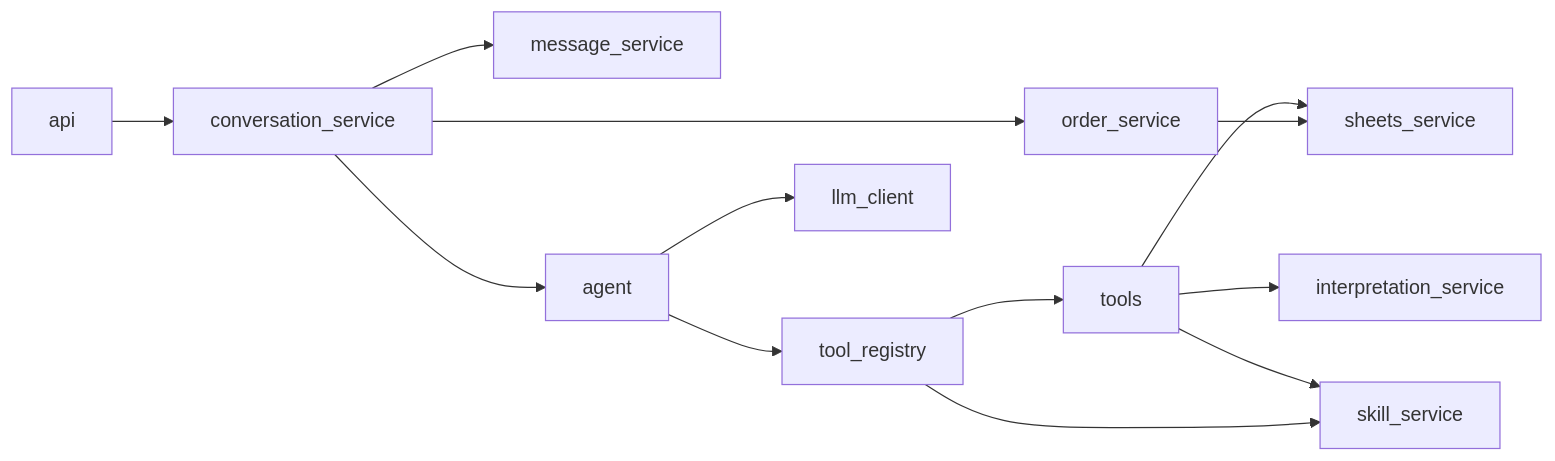
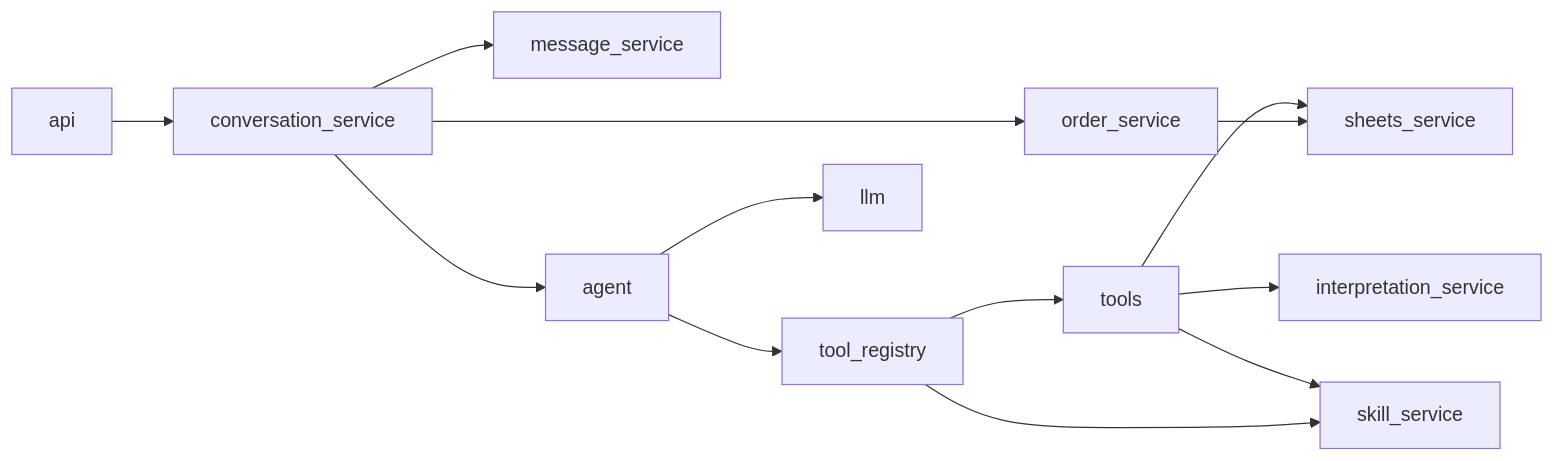
The fourth of 4 diagrams in docs/spec/agente.md (FernandoMRestelli/norma-agentic-ai), drawn with Mermaid before and after one commit. The commit also changed other lines of this file and 50 other files, not shown here.

````diff
--- a/docs/spec/agente.md
+++ b/docs/spec/agente.md
@@ -492,14 +533,14 @@
 ```mermaid
 flowchart LR
     api --> conversation_service
     conversation_service --> message_service
     conversation_service --> agent
     conversation_service --> order_service
     agent --> tool_registry --> tools
     tools --> sheets_service
     tools --> interpretation_service
     tools --> skill_service
     tool_registry --> skill_service
     order_service --> sheets_service
-    agent --> llm_client
+    agent --> llm
 ```
````
